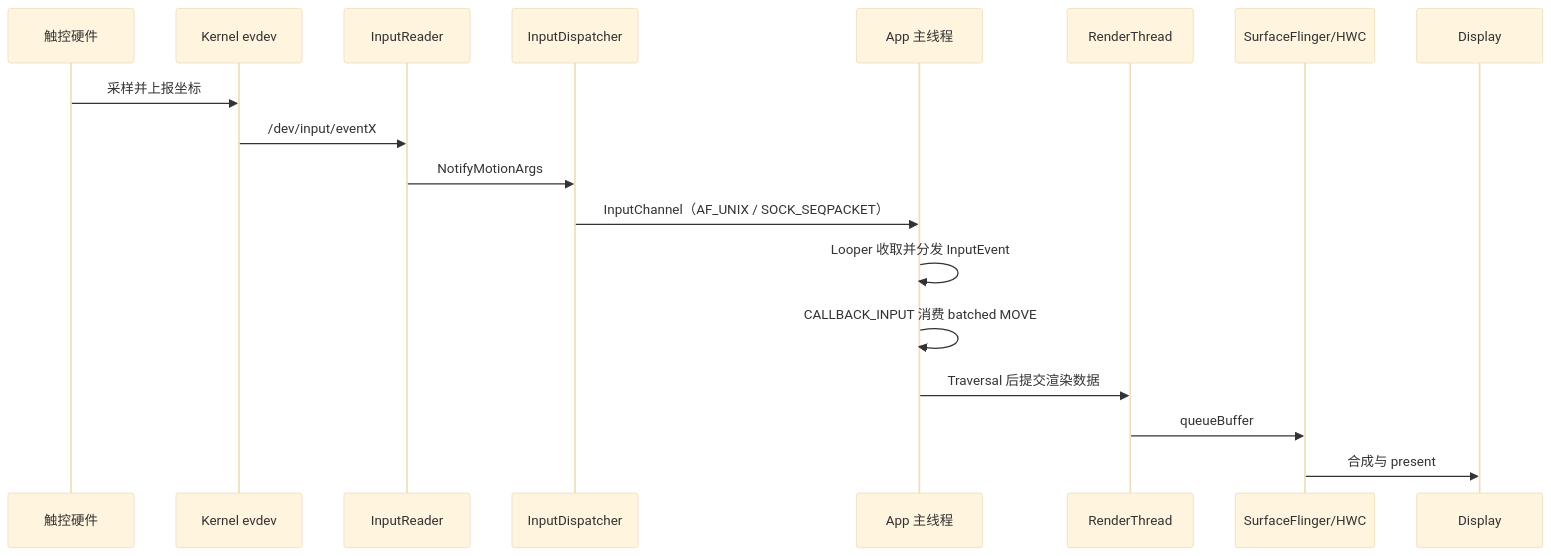
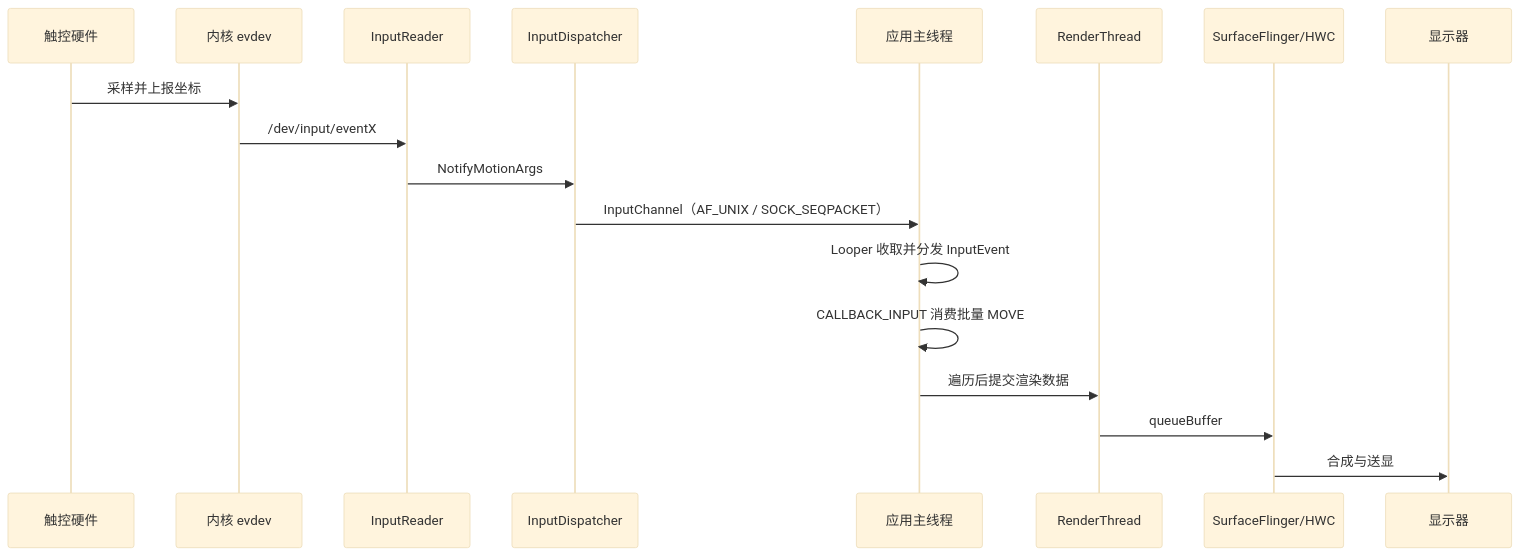
Before and after one commit to Gracker/android-internals-wiki: the first of 2 diagrams in src/part1-fundamentals/ch03-input/04-input-latency-prediction.md, drawn with Mermaid (base theme). The commit also changed other lines of this file and 4 other files, not shown here.

````diff
--- a/src/part1-fundamentals/ch03-input/04-input-latency-prediction.md
+++ b/src/part1-fundamentals/ch03-input/04-input-latency-prediction.md
@@ -121,21 +93,21 @@
 ```mermaid
 sequenceDiagram
     participant Touch as 触控硬件
-    participant Kernel as Kernel evdev
+    participant Kernel as 内核 evdev
     participant Reader as InputReader
     participant Dispatcher as InputDispatcher
-    participant App as App 主线程
+    participant App as 应用主线程
     participant RT as RenderThread
     participant SF as SurfaceFlinger/HWC
-    participant Display as Display
+    participant Display as 显示器
 
     Touch->>Kernel: 采样并上报坐标
     Kernel->>Reader: /dev/input/eventX
     Reader->>Dispatcher: NotifyMotionArgs
     Dispatcher->>App: InputChannel（AF_UNIX / SOCK_SEQPACKET）
     App->>App: Looper 收取并分发 InputEvent
-    App->>App: CALLBACK_INPUT 消费 batched MOVE
-    App->>RT: Traversal 后提交渲染数据
+    App->>App: CALLBACK_INPUT 消费批量 MOVE
+    App->>RT: 遍历后提交渲染数据
     RT->>SF: queueBuffer
-    SF->>Display: 合成与 present
+    SF->>Display: 合成与送显
 ```
````
